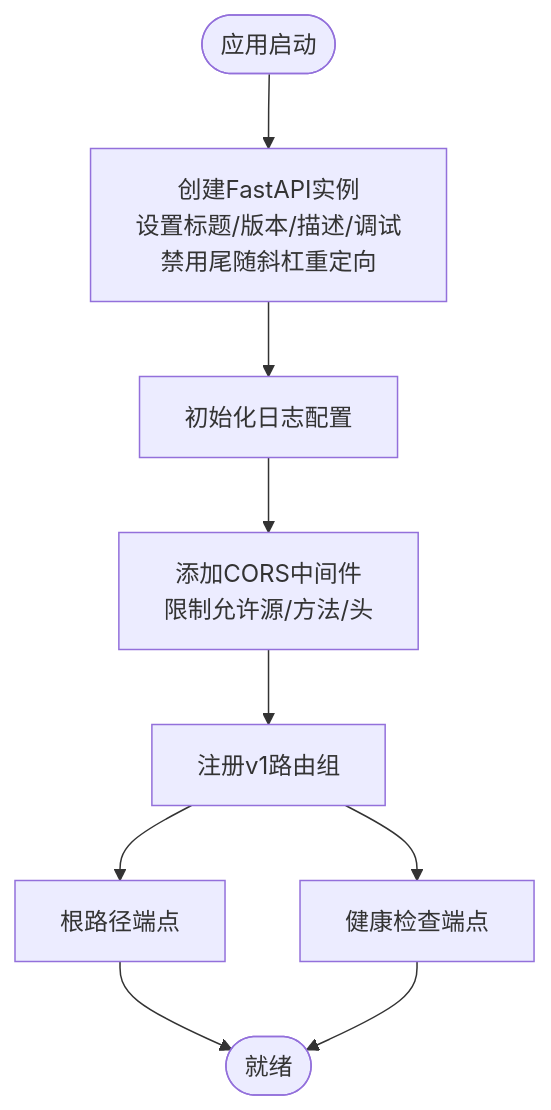
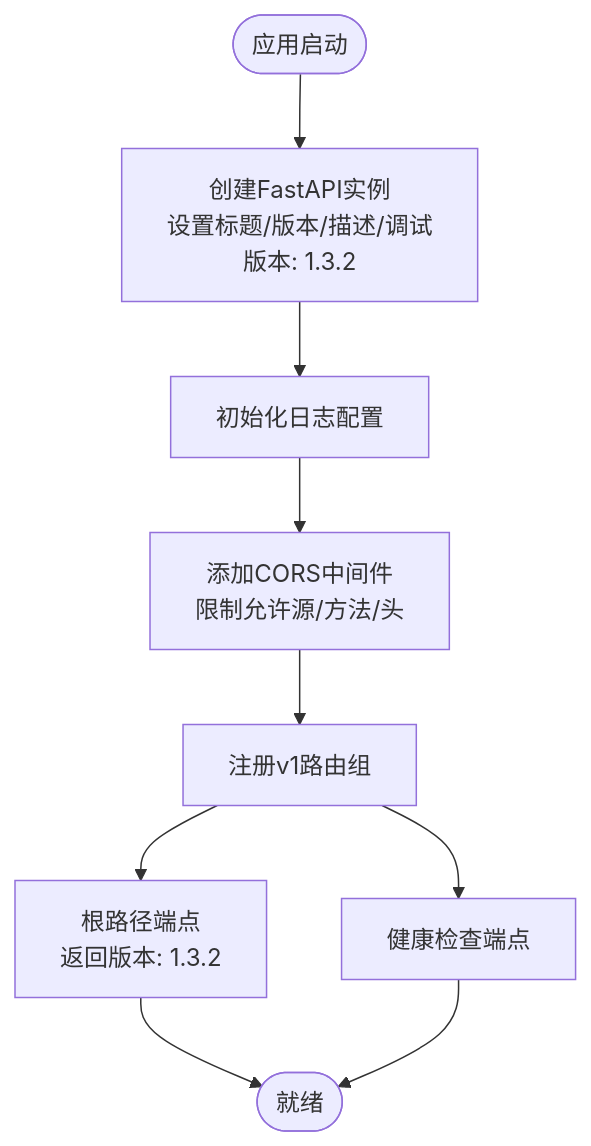
Before and after one commit to xfbyxq/ai-novel-system: the third of 9 diagrams in .qoder/repowiki/zh/content/后端架构/FastAPI应用架构.md, drawn with Mermaid. The commit also changed other lines of this file and 11 other files, not shown here.

````diff
--- a/.qoder/repowiki/zh/content/后端架构/FastAPI应用架构.md
+++ b/.qoder/repowiki/zh/content/后端架构/FastAPI应用架构.md
@@ -181,11 +180,11 @@
 ```mermaid
 flowchart TD
-Start(["应用启动"]) --> CreateApp["创建FastAPI实例<br/>设置标题/版本/描述/调试<br/>禁用尾随斜杠重定向"]
+Start(["应用启动"]) --> CreateApp["创建FastAPI实例<br/>设置标题/版本/描述/调试<br/>版本: 1.3.2"]
 CreateApp --> SetupLog["初始化日志配置"]
 SetupLog --> AddCORS["添加CORS中间件<br/>限制允许源/方法/头"]
 AddCORS --> IncludeV1["注册v1路由组"]
-IncludeV1 --> Root["根路径端点"]
+IncludeV1 --> Root["根路径端点<br/>返回版本: 1.3.2"]
 IncludeV1 --> Health["健康检查端点"]
 Root --> End(["就绪"])
 Health --> End
 ```
````
